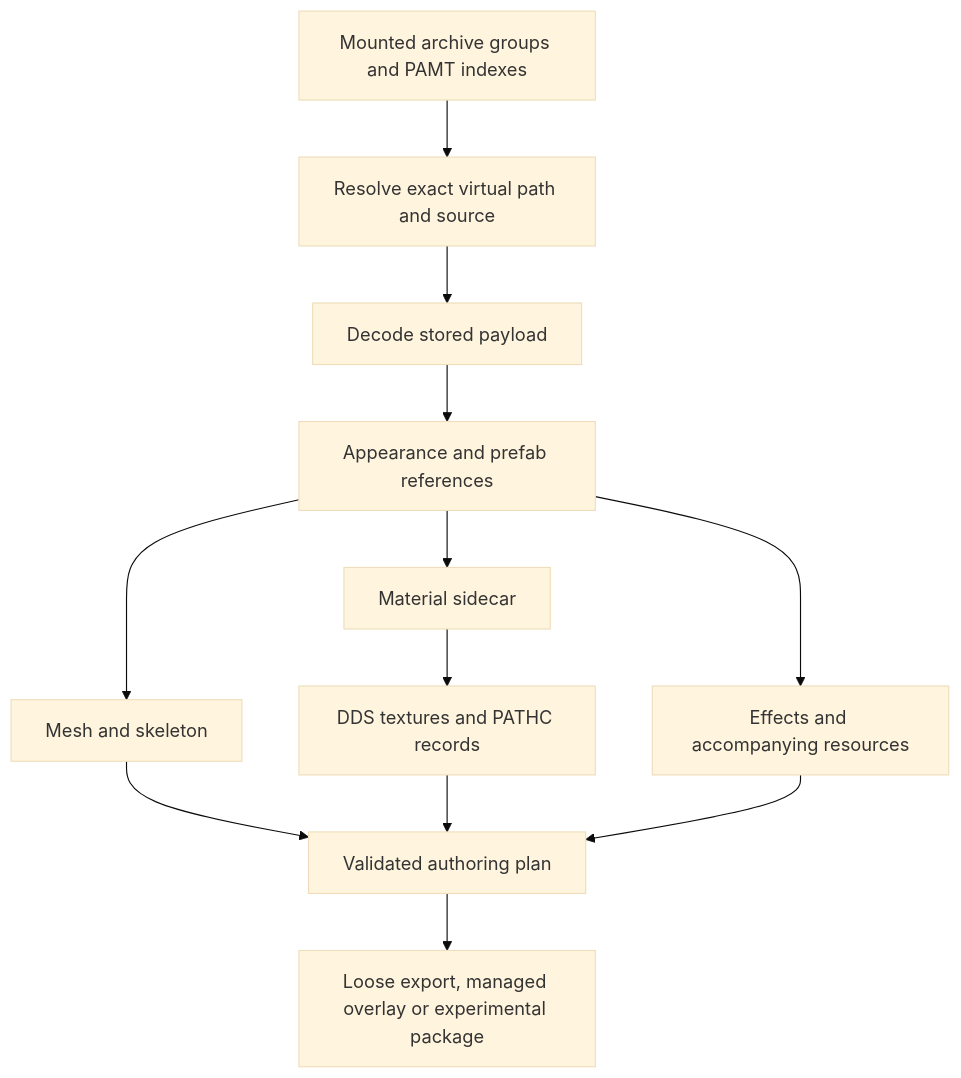
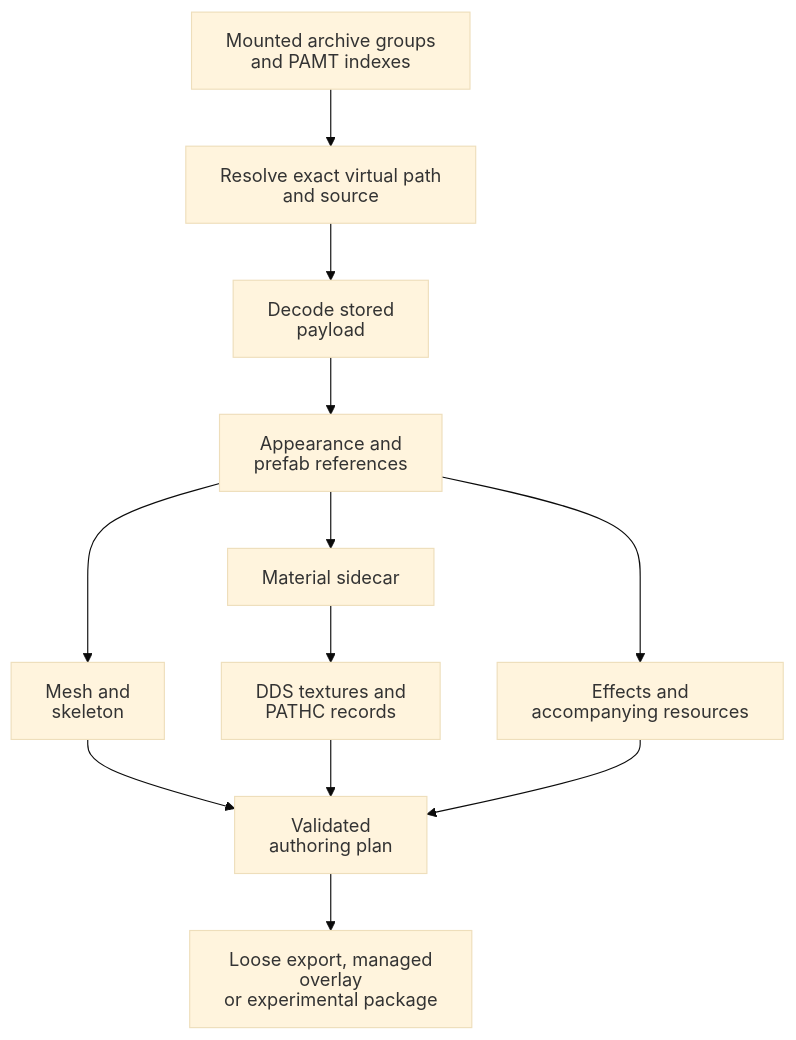
The diagram in docs/crimson-desert-research.md (Ratty123/CDMW-Full), drawn with Mermaid (base theme) before and after one commit.

Commit message:
docs: prevent clipped research diagram labels

````diff
--- a/docs/crimson-desert-research.md
+++ b/docs/crimson-desert-research.md
@@ -109,14 +109,18 @@
 ```mermaid
+---
+config:
+  htmlLabels: false
+---
 flowchart TD
-    A["Mounted archive groups and PAMT indexes"] --> B["Resolve exact virtual path and source"]
-    B --> C["Decode stored payload"]
-    C --> D["Appearance and prefab references"]
-    D --> E["Mesh and skeleton"]
+    A["Mounted archive groups<br/>and PAMT indexes"] --> B["Resolve exact virtual path<br/>and source"]
+    B --> C["Decode stored<br/>payload"]
+    C --> D["Appearance and<br/>prefab references"]
+    D --> E["Mesh and<br/>skeleton"]
     D --> F["Material sidecar"]
-    F --> G["DDS textures and PATHC records"]
-    D --> H["Effects and accompanying resources"]
-    E --> I["Validated authoring plan"]
+    F --> G["DDS textures and<br/>PATHC records"]
+    D --> H["Effects and<br/>accompanying resources"]
+    E --> I["Validated<br/>authoring plan"]
     G --> I
     H --> I
-    I --> J["Loose export, managed overlay or experimental package"]
+    I --> J["Loose export, managed overlay<br/>or experimental package"]
 ```
````
